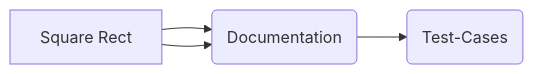
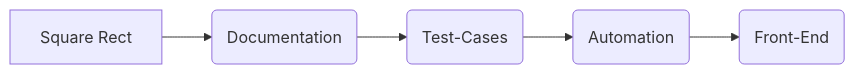
One commit to N-Uladzislau/Portfolio_Project changed the diagram in README.md. Above: the diagram before and after it, drawn with Mermaid.

````diff
--- a/README.md
+++ b/README.md
@@ -2,6 +2,6 @@
 ```mermaid
 graph LR
-A[Square Rect] --> B(Documentation) --> D(Test-Cases)
-A --> B
+A[Square Rect] --> B(Documentation) --> C(Test-Cases)
+C --> D(Automation) --> F(Front-End)
 
 ```
````
